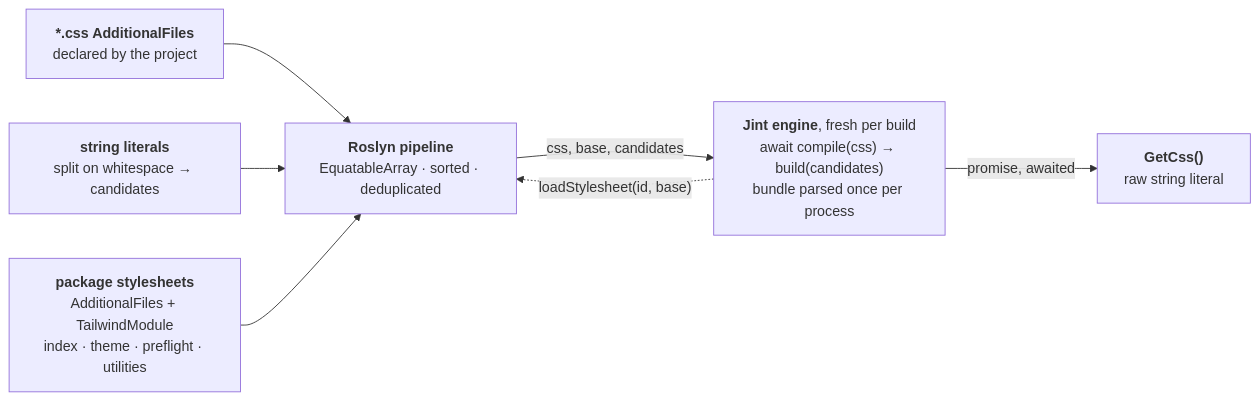
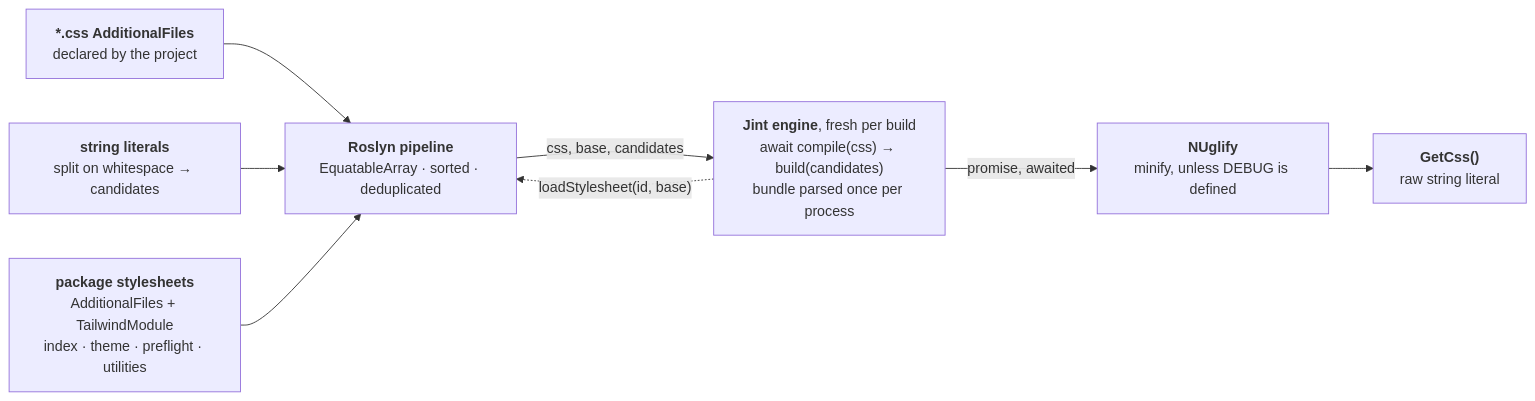
One commit to miroljub1995/natrix changed the second of 2 diagrams in src/Natrix.TailwindCss.Generators/ARCHITECTURE.md. Above: the diagram before and after it, drawn with Mermaid. The commit also changed other lines of this file and 13 other files, not shown here.

First line of the commit message:
Minify the generated Tailwind CSS when DEBUG is not defined (#40)

````diff
--- a/src/Natrix.TailwindCss.Generators/ARCHITECTURE.md
+++ b/src/Natrix.TailwindCss.Generators/ARCHITECTURE.md
@@ -46,18 +47,20 @@
 ```mermaid
 flowchart LR
     CSS["<b>*.css AdditionalFiles</b><br/>declared by the project"]
     LIT["<b>string literals</b><br/>split on whitespace → candidates"]
     EMB["<b>package stylesheets</b><br/>AdditionalFiles + TailwindModule<br/>index · theme · preflight · utilities"]
 
     PIPE["<b>Roslyn pipeline</b><br/>EquatableArray · sorted · deduplicated"]
     JS["<b>Jint engine</b>, fresh per build<br/>await compile(css) → build(candidates)<br/>bundle parsed once per process"]
+    MIN["<b>NUglify</b><br/>minify, unless DEBUG is defined"]
     OUT["<b>GetCss()</b><br/>raw string literal"]
 
     CSS --> PIPE
     LIT --> PIPE
     EMB --> PIPE
 
     PIPE -->|"css, base, candidates"| JS
     JS -.->|"loadStylesheet(id, base)"| PIPE
-    JS -->|"promise, awaited"| OUT
+    JS -->|"promise, awaited"| MIN
+    MIN --> OUT
 ```
````
